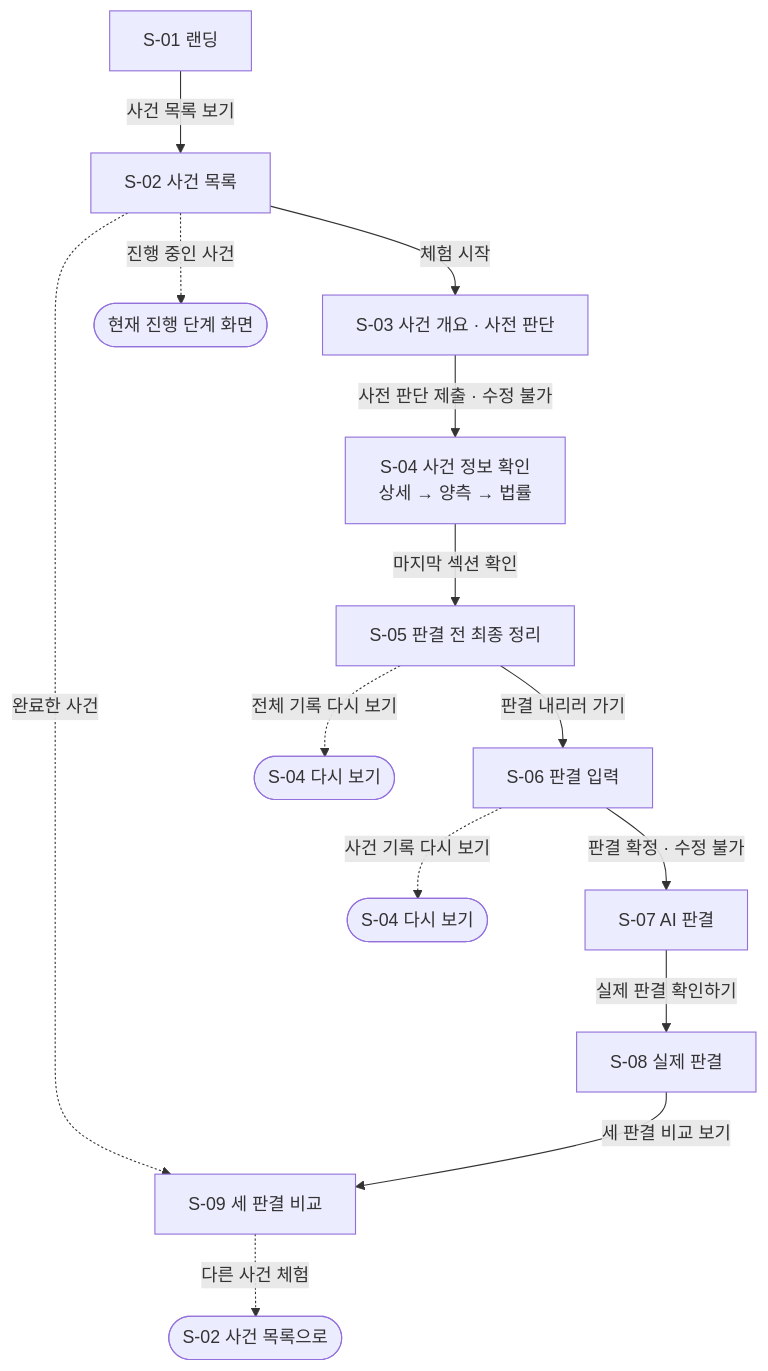
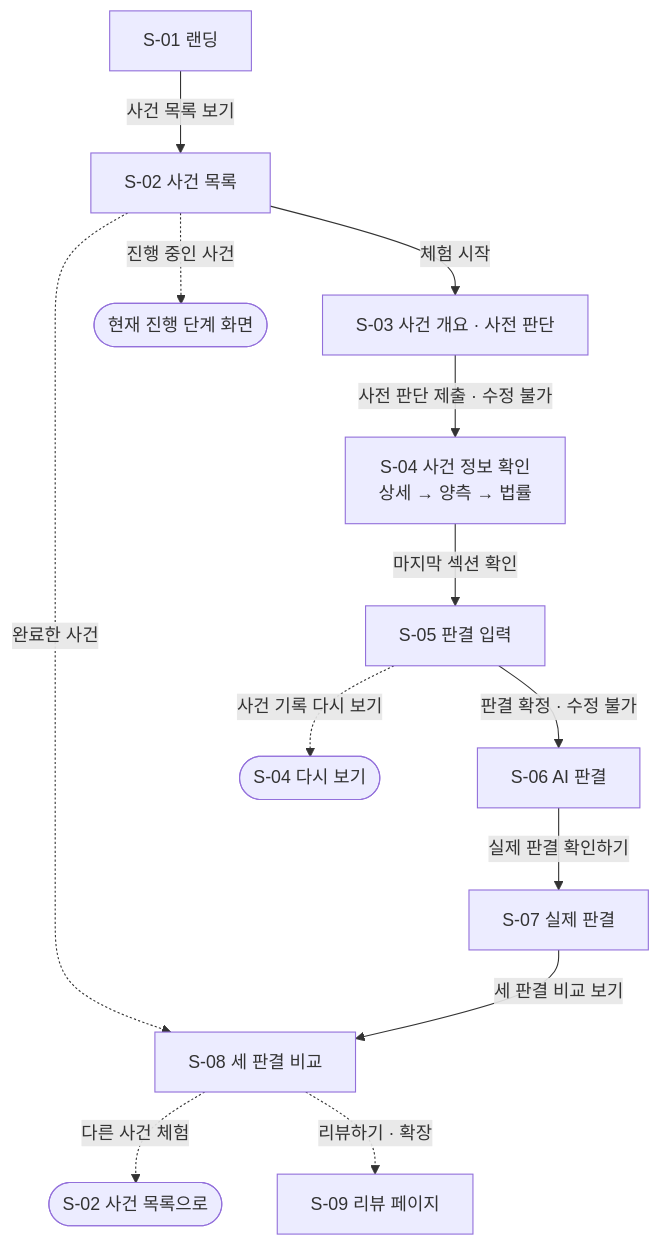
One commit to prgrms-aibe-devcourse/AIBE7_FinalProject_Team2 changed the first of 2 diagrams in docs/information-architecture.md. Above: the diagram before and after it, drawn with Mermaid. The commit also changed other lines of this file and 2 other files, not shown here.

````diff
--- a/docs/information-architecture.md
+++ b/docs/information-architecture.md
@@ -145,17 +148,16 @@
 ```mermaid
 flowchart TD
     L[S-01 랜딩] -->|사건 목록 보기| C[S-02 사건 목록]
     C -->|체험 시작| S3[S-03 사건 개요 · 사전 판단]
-    C -.->|완료한 사건| S9
+    C -.->|완료한 사건| S8
     C -.->|진행 중인 사건| P([현재 진행 단계 화면])
     S3 -->|사전 판단 제출 · 수정 불가| S4[S-04 사건 정보 확인<br/>상세 → 양측 → 법률]
-    S4 -->|마지막 섹션 확인| S5[S-05 판결 전 최종 정리]
-    S5 -->|판결 내리러 가기| S6[S-06 판결 입력]
-    S6 -->|판결 확정 · 수정 불가| S7[S-07 AI 판결]
-    S7 -->|실제 판결 확인하기| S8[S-08 실제 판결]
-    S8 -->|세 판결 비교 보기| S9[S-09 세 판결 비교]
-    S9 -.->|다른 사건 체험| E([S-02 사건 목록으로])
+    S4 -->|마지막 섹션 확인| S5[S-05 판결 입력]
+    S5 -->|판결 확정 · 수정 불가| S6[S-06 AI 판결]
+    S6 -->|실제 판결 확인하기| S7[S-07 실제 판결]
+    S7 -->|세 판결 비교 보기| S8[S-08 세 판결 비교]
+    S8 -.->|다른 사건 체험| E([S-02 사건 목록으로])
+    S8 -.->|리뷰하기 · 확장| S9[S-09 리뷰 페이지]
  
-    S5 -.->|전체 기록 다시 보기| R5([S-04 다시 보기])
-    S6 -.->|사건 기록 다시 보기| R6([S-04 다시 보기])
+    S5 -.->|사건 기록 다시 보기| R5([S-04 다시 보기])
 ```
````
